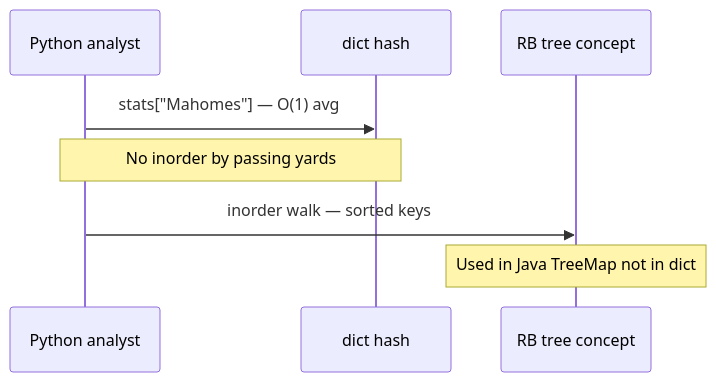
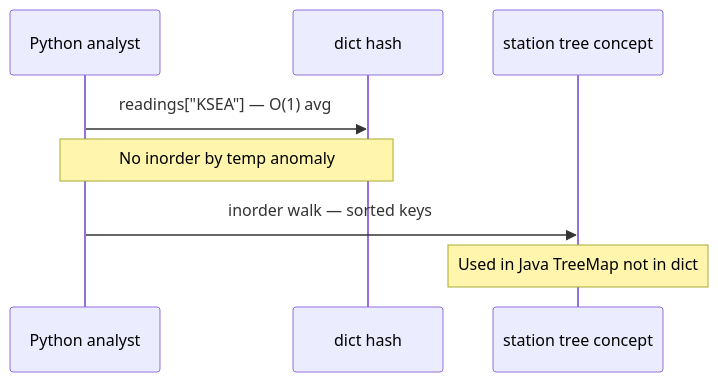
Before and after one commit to qgjones9/python-programming-guide: the second of 5 diagrams in docs/dsa/data-structures/red-black-tree/index.md, drawn with Mermaid. The commit also changed other lines of this file and 29 other files, not shown here.

````diff
--- a/docs/dsa/data-structures/red-black-tree/index.md
+++ b/docs/dsa/data-structures/red-black-tree/index.md
@@ -76,10 +76,10 @@
 ```mermaid
 sequenceDiagram
   participant Py as Python analyst
   participant D as dict hash
-  participant RB as RB tree concept
-  Py->>D: stats["Mahomes"] — O(1) avg
-  Note over Py,D: No inorder by passing yards
-  Py->>RB: inorder walk — sorted keys
-  Note over RB: Used in Java TreeMap not in dict
+  participant station as station tree concept
+  Py->>D: readings["KSEA"] — O(1) avg
+  Note over Py,D: No inorder by temp anomaly
+  Py->>station: inorder walk — sorted keys
+  Note over station: Used in Java TreeMap not in dict
 ```
````
